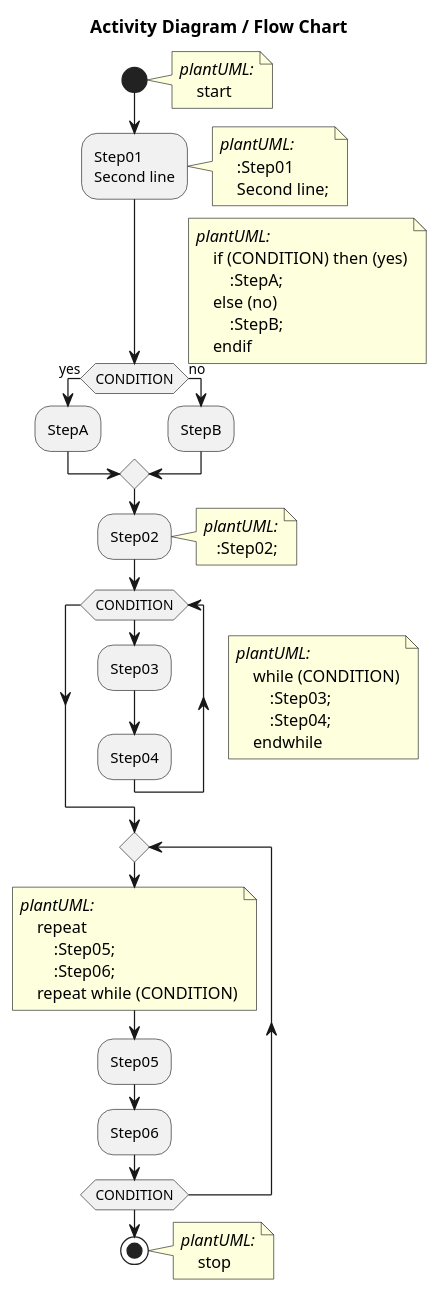
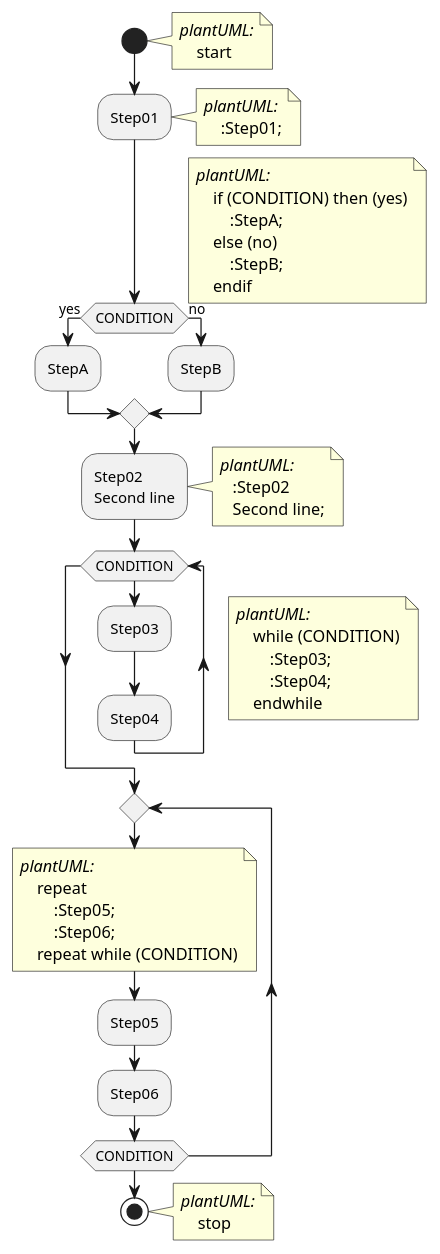
Before and after one commit to chraxo/UmlMarkdownCheatSheet: diagram 21 of 33 in uml_markdown_summary.md, drawn with PlantUML. The commit also changed other lines of this file, not shown here.

```diff
--- a/uml_markdown_summary.md
+++ b/uml_markdown_summary.md
@@ -436,76 +562,74 @@
 @startuml
     'skinparam classFontName Consolas
     'skinparam classAttributeFontName Consolas
     skinparam noteFontName Consolas
 
     'hide empty members
     'left to right direction
     'skinparam style strictuml
 
-    title: Activity Diagram / Flow Chart
-
     start
     note right
         //plantUML://
             start
     end note
 
-    :Step01
-    Second line;
+    :Step01;
     note right
         //plantUML://
-            :Step01
-            Second line;
+            :Step01;
     end note
 
     if (CONDITION) then (yes)
         :StepA;
     else (no)
         :StepB;
     endif
     note right
         //plantUML://
             if (CONDITION) then (yes)
                 :StepA;
             else (no)
                 :StepB;
             endif
     end note
 
-    :Step02;
+    :Step02
+    Second line;
     note right
         //plantUML://
-           :Step02;
+           :Step02
+           Second line;
     end note
 
     while (CONDITION)
         note right
             //plantUML://
                 while (CONDITION)
                     :Step03;
                     :Step04;
                 endwhile
         end note
         :Step03;
         :Step04;
     endwhile
     
     repeat
         note
             //plantUML://
                 repeat
                     :Step05;
                     :Step06;
                 repeat while (CONDITION)
         end note
         
         :Step05;
         :Step06;
     repeat while (CONDITION)
     
     stop
     note right
         //plantUML://
             stop
     end note
 @enduml
```
